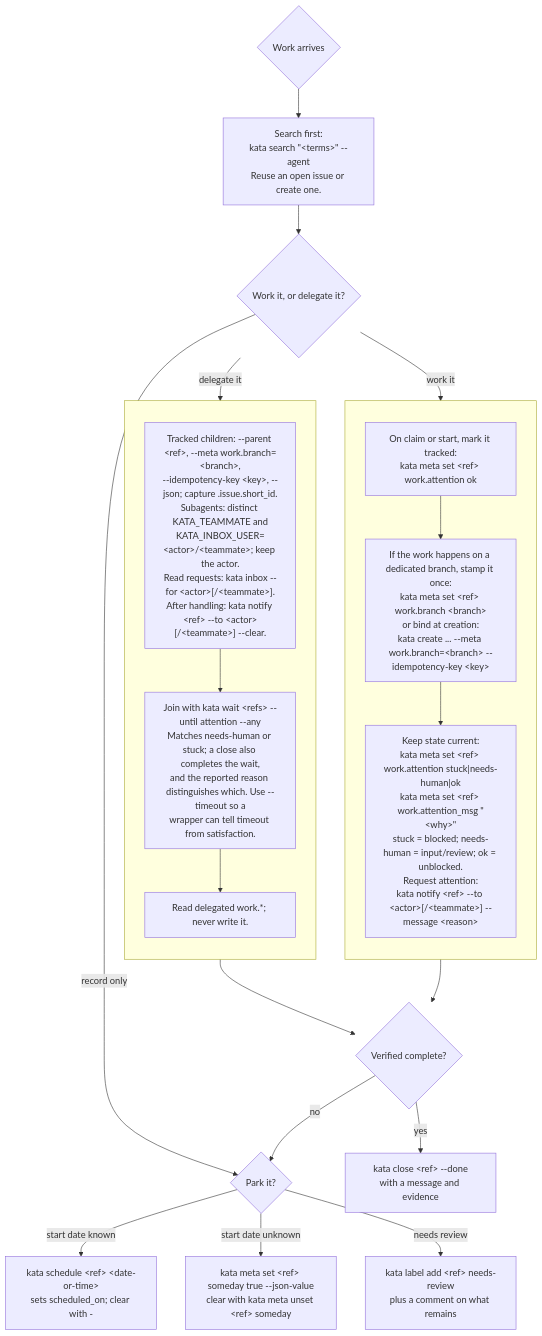
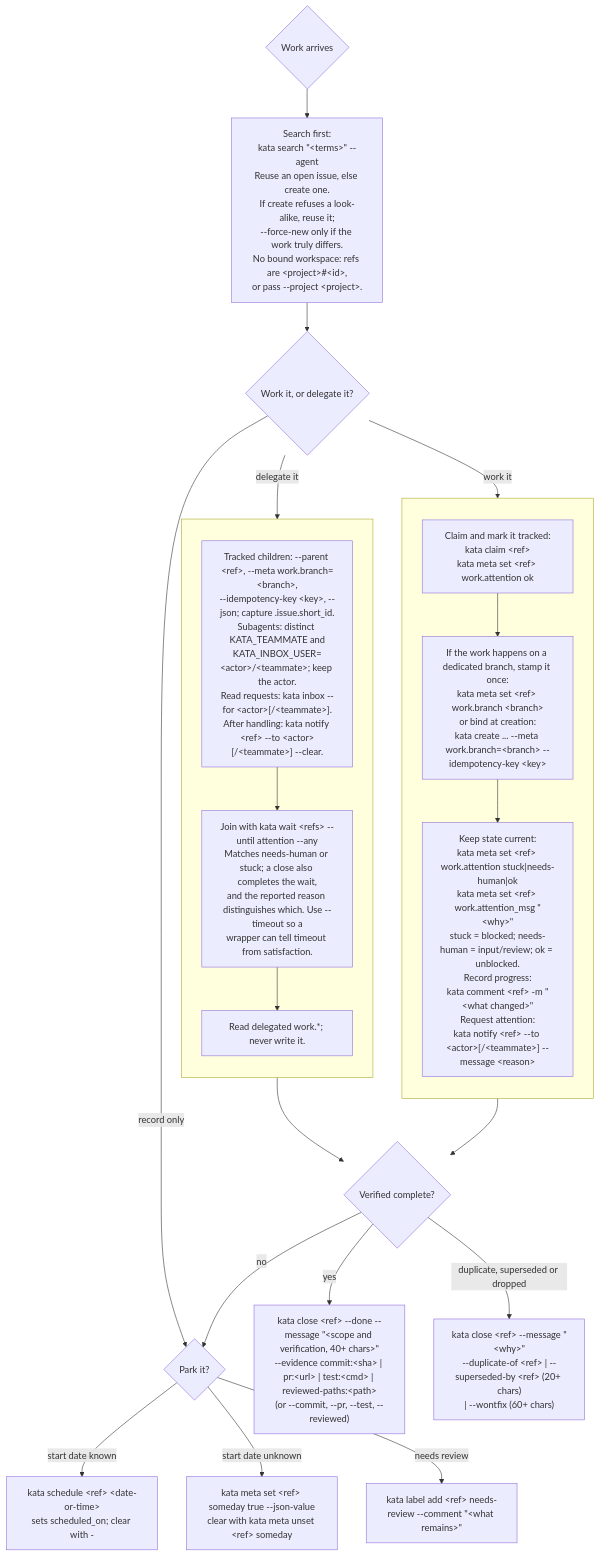
The diagram in README.md (kenn-io/kata), drawn with Mermaid before and after one commit. The commit also changed 12 other files, not shown here.

````diff
--- a/README.md
+++ b/README.md
@@ -83,34 +83,35 @@
 ```mermaid
 flowchart TB
-  arrive{"Work arrives"} --> search["Search first:<br/>kata search #34;#60;terms#62;#34; --agent<br/>Reuse an open issue or create one."]
+  arrive{"Work arrives"} --> search["Search first:<br/>kata search #34;#60;terms#62;#34; --agent<br/>Reuse an open issue, else create one.<br/>If create refuses a look-alike, reuse it;<br/>--force-new only if the work truly differs.<br/>No bound workspace: refs are #60;project#62;##60;id#62;,<br/>or pass --project #60;project#62;."]
   search --> route{"Work it, or delegate it?"}
 
   subgraph workside[" "]
     direction TB
-    claim["On claim or start, mark it tracked:<br/>kata meta set #60;ref#62; work.attention ok"]
+    claim["Claim and mark it tracked:<br/>kata claim #60;ref#62;<br/>kata meta set #60;ref#62; work.attention ok"]
     branch["If the work happens on a dedicated branch, stamp it once:<br/>kata meta set #60;ref#62; work.branch #60;branch#62;<br/>or bind at creation:<br/>kata create ... --meta work.branch=#60;branch#62; --idempotency-key #60;key#62;"]
-    live["Keep state current:<br/>kata meta set #60;ref#62; work.attention stuck#124;needs-human#124;ok<br/>kata meta set #60;ref#62; work.attention_msg #34;#60;why#62;#34;<br/>stuck = blocked; needs-human = input/review; ok = unblocked.<br/>Request attention:<br/>kata notify #60;ref#62; --to #60;actor#62;[/#60;teammate#62;] --message #60;reason#62;"]
+    live["Keep state current:<br/>kata meta set #60;ref#62; work.attention stuck#124;needs-human#124;ok<br/>kata meta set #60;ref#62; work.attention_msg #34;#60;why#62;#34;<br/>stuck = blocked; needs-human = input/review; ok = unblocked.<br/>Record progress:<br/>kata comment #60;ref#62; -m #34;#60;what changed#62;#34;<br/>Request attention:<br/>kata notify #60;ref#62; --to #60;actor#62;[/#60;teammate#62;] --message #60;reason#62;"]
     claim --> branch --> live
   end
 
   subgraph delegateside[" "]
     direction TB
     fanout["Tracked children: --parent #60;ref#62;, --meta work.branch=#60;branch#62;,<br/>--idempotency-key #60;key#62;, --json; capture .issue.short_id.<br/>Subagents: distinct KATA_TEAMMATE and<br/>KATA_INBOX_USER=#60;actor#62;/#60;teammate#62;; keep the actor.<br/>Read requests: kata inbox --for #60;actor#62;[/#60;teammate#62;].<br/>After handling: kata notify #60;ref#62; --to #60;actor#62;[/#60;teammate#62;] --clear."]
     join["Join with kata wait #60;refs#62; --until attention --any<br/>Matches needs-human or stuck; a close also completes the wait,<br/>and the reported reason distinguishes which. Use --timeout so a<br/>wrapper can tell timeout from satisfaction."]
     coord["Read delegated work.*; never write it."]
     fanout --> join --> coord
   end
 
   route -->|work it| claim
   route -->|delegate it| fanout
   route -->|record only| park
   live --> done
   coord --> done
 
   done{"Verified complete?"}
-  done -->|yes| close["kata close #60;ref#62; --done<br/>with a message and evidence"]
+  done -->|yes| close["kata close #60;ref#62; --done --message #34;#60;scope and verification, 40+ chars#62;#34;<br/>--evidence commit:#60;sha#62; #124; pr:#60;url#62; #124; test:#60;cmd#62; #124; reviewed-paths:#60;path#62;<br/>(or --commit, --pr, --test, --reviewed)"]
+  done -->|duplicate, superseded or dropped| retire["kata close #60;ref#62; --message #34;#60;why#62;#34;<br/>--duplicate-of #60;ref#62; #124; --superseded-by #60;ref#62; (20+ chars)<br/>#124; --wontfix (60+ chars)"]
   done -->|no| park{"Park it?"}
   park -->|start date known| schedule["kata schedule #60;ref#62; #60;date-or-time#62;<br/>sets scheduled_on; clear with -"]
   park -->|start date unknown| someday["kata meta set #60;ref#62; someday true --json-value<br/>clear with kata meta unset #60;ref#62; someday"]
-  park -->|needs review| review["kata label add #60;ref#62; needs-review<br/>plus a comment on what remains"]
+  park -->|needs review| review["kata label add #60;ref#62; needs-review --comment #34;#60;what remains#62;#34;"]
 ```
````
